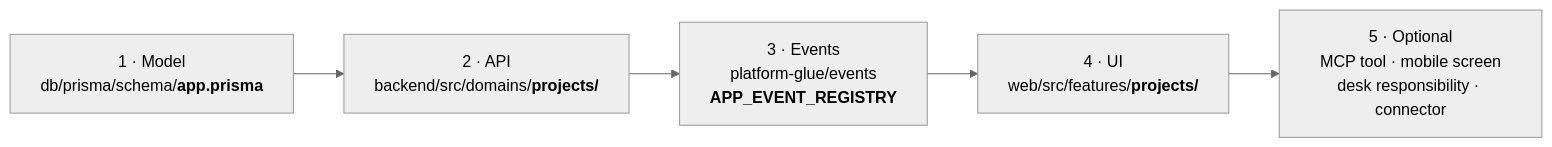
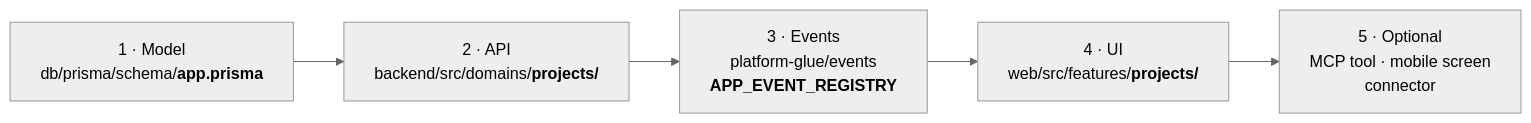
The second of 2 diagrams in README.md (ajaynarang/app-foundation), drawn with Mermaid (neutral theme) before and after one commit. The commit also changed other lines of this file and 22 other files, not shown here.

Commit message:
Name everything Desk brings outside its folder in a manifest that apply-feature.mjs strips, and guard it with optional-features.spec.ts

````diff
--- a/README.md
+++ b/README.md
@@ -112,10 +120,10 @@
 ```mermaid
 flowchart LR
     schema["1 · Model<br/>db/prisma/schema/<b>app.prisma</b>"]
     domain["2 · API<br/>backend/src/domains/<b>projects/</b>"]
     events["3 · Events<br/>platform-glue/events<br/><b>APP_EVENT_REGISTRY</b>"]
     feature["4 · UI<br/>web/src/features/<b>projects/</b>"]
-    extras["5 · Optional<br/>MCP tool · mobile screen<br/>desk responsibility · connector"]
+    extras["5 · Optional<br/>MCP tool · mobile screen<br/>connector"]
 
     schema --> domain --> events --> feature --> extras
 ```
````
